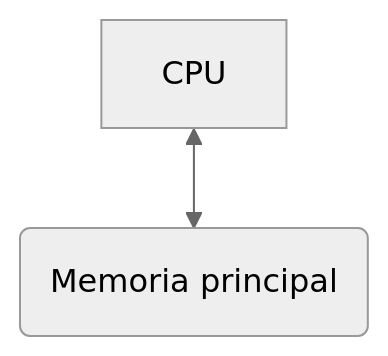
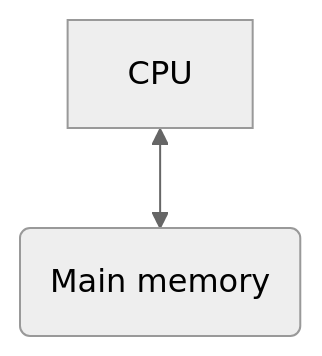
The first of 5 diagrams in materials/topic-dfs/dfs.md (acaldero/uc3m_ds), drawn with Mermaid (neutral theme) before and after one commit. The commit also changed other lines of this file, not shown here.

````diff
--- a/materials/topic-dfs/dfs.md
+++ b/materials/topic-dfs/dfs.md
@@ -23,4 +23,4 @@
   ```mermaid
   flowchart TD
-  A[CPU] <--> B(Memoria principal)
+  A[CPU] <--> B(Main memory)
   ```
````
